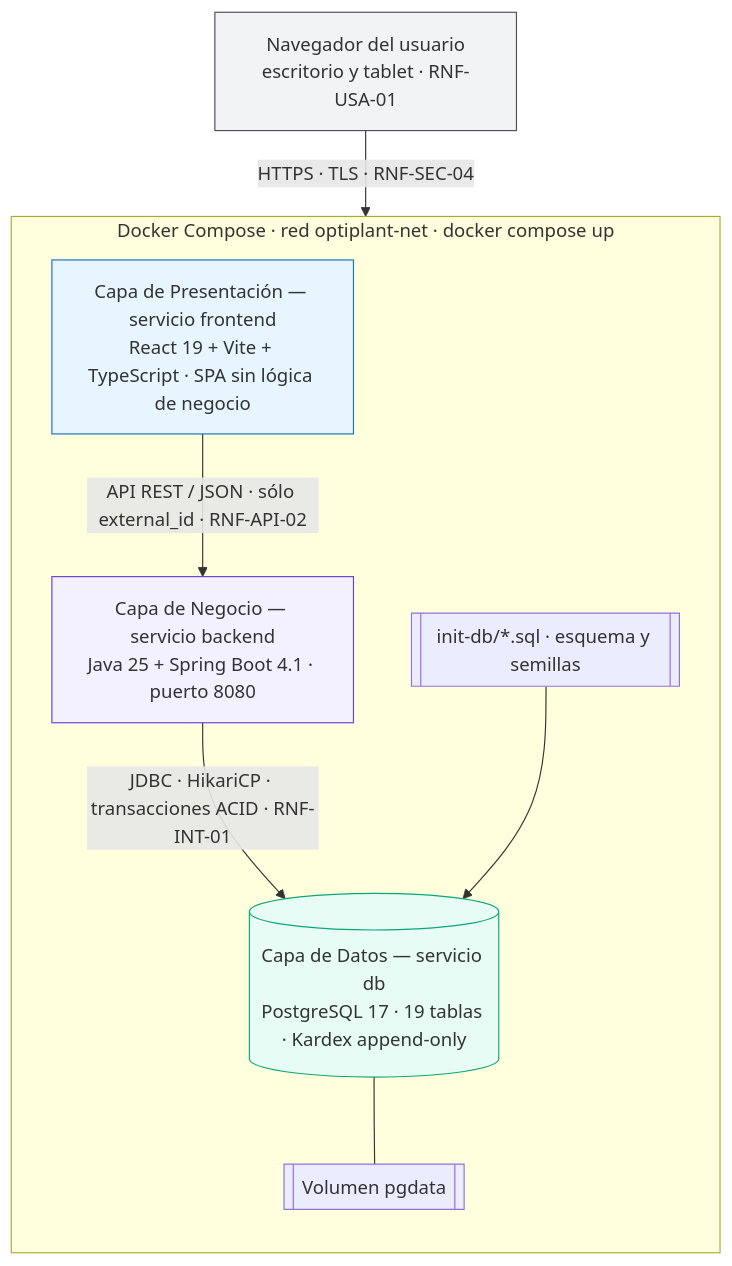
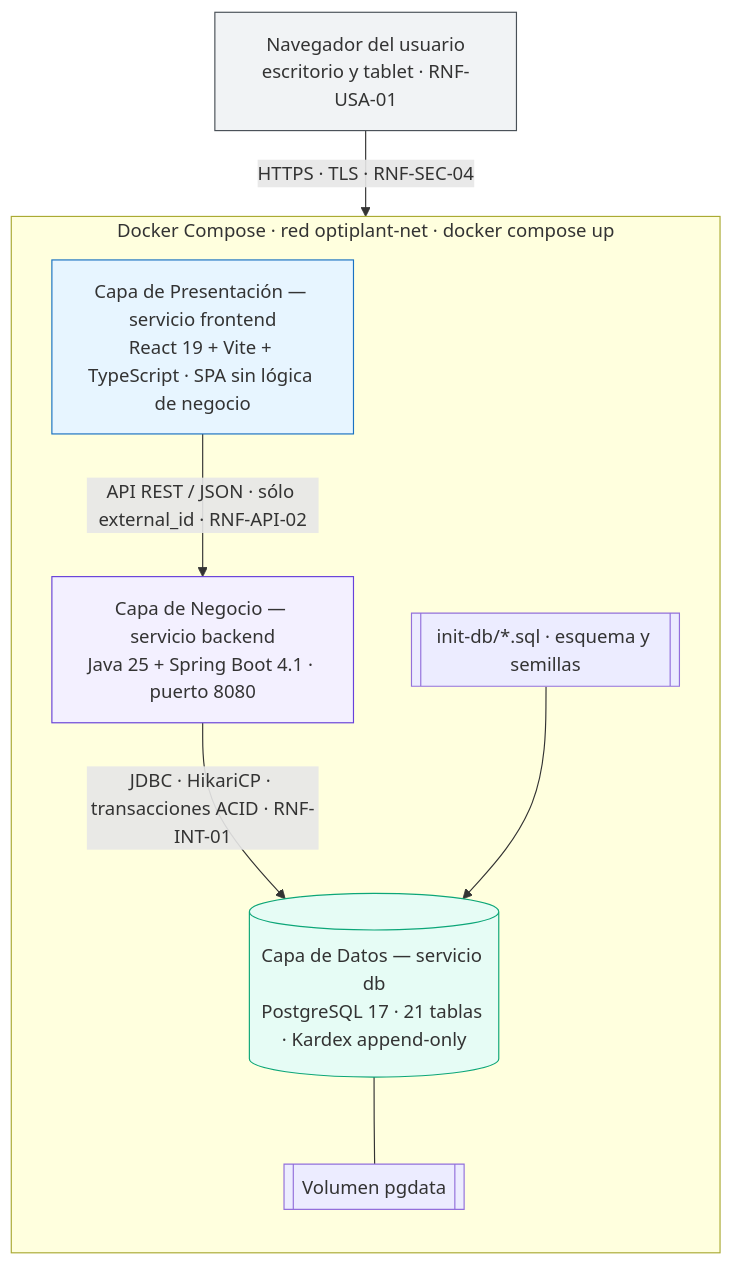
Before and after one commit to ElJuanchito/prueba-tecnica-optiplant: the fourth of 6 diagrams in docs/modelado_sistema.md, drawn with Mermaid. The commit also changed 6 other files, not shown here.

````diff
--- a/docs/modelado_sistema.md
+++ b/docs/modelado_sistema.md
@@ -150,24 +150,24 @@
 ```mermaid
 flowchart TD
     USER["Navegador del usuario<br/>escritorio y tablet · RNF-USA-01"]
     USER -->|"HTTPS · TLS · RNF-SEC-04"| FE
 
     subgraph DOCKER["Docker Compose · red optiplant-net · docker compose up"]
         direction TB
         FE["Capa de Presentación — servicio frontend<br/>React 19 + Vite + TypeScript · SPA sin lógica de negocio"]
         BE["Capa de Negocio — servicio backend<br/>Java 25 + Spring Boot 4.1 · puerto 8080"]
-        DB[("Capa de Datos — servicio db<br/>PostgreSQL 17 · 19 tablas · Kardex append-only")]
+        DB[("Capa de Datos — servicio db<br/>PostgreSQL 17 · 21 tablas · Kardex append-only")]
         VOL[["Volumen pgdata"]]
         INIT[["init-db/*.sql · esquema y semillas"]]
 
         FE -->|"API REST / JSON · sólo external_id · RNF-API-02"| BE
         BE -->|"JDBC · HikariCP · transacciones ACID · RNF-INT-01"| DB
         DB --- VOL
         INIT --> DB
     end
 
     style FE fill:#e7f5ff,stroke:#1971c2
     style BE fill:#f3f0ff,stroke:#6741d9
     style DB fill:#e6fcf5,stroke:#0ca678
     style USER fill:#f1f3f5,stroke:#495057
 ```
````
